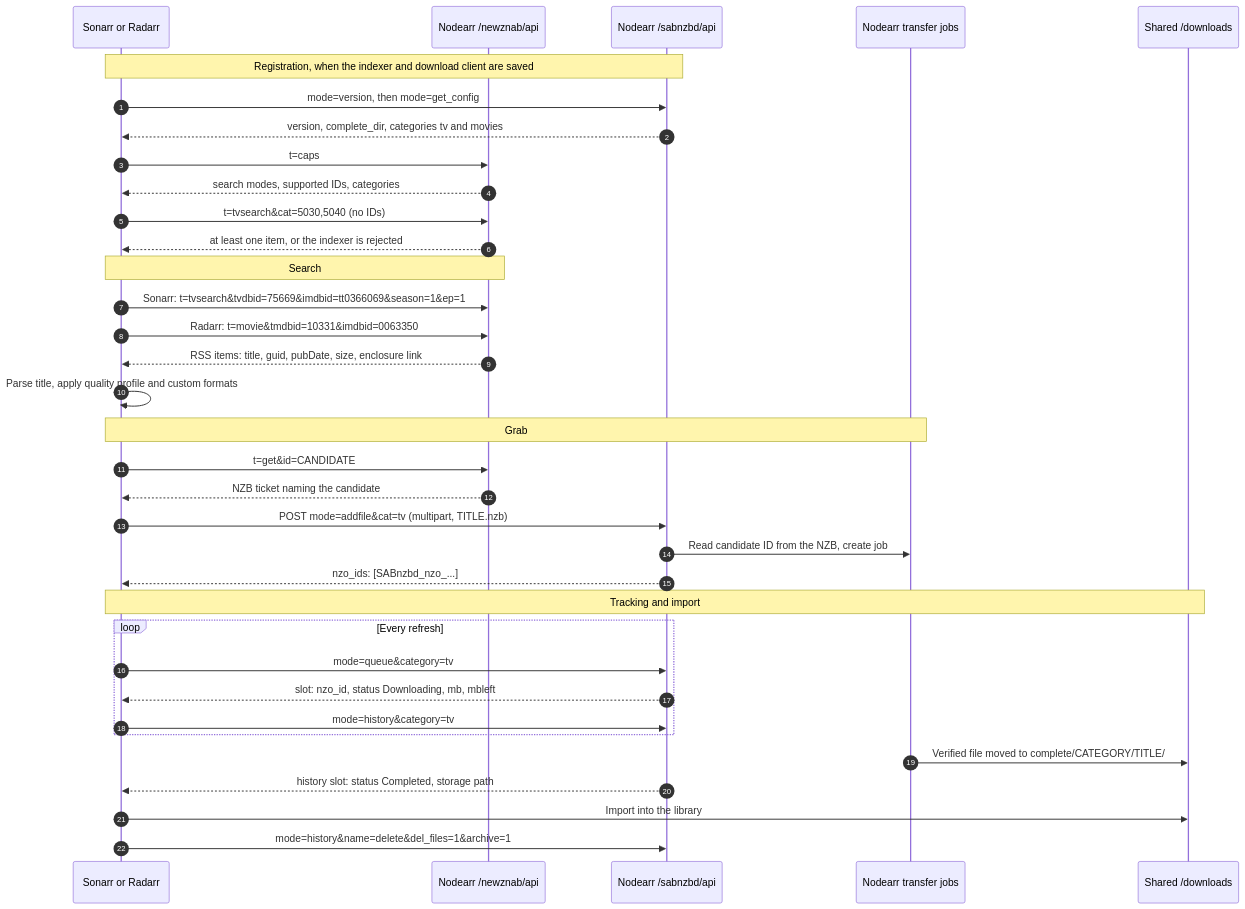
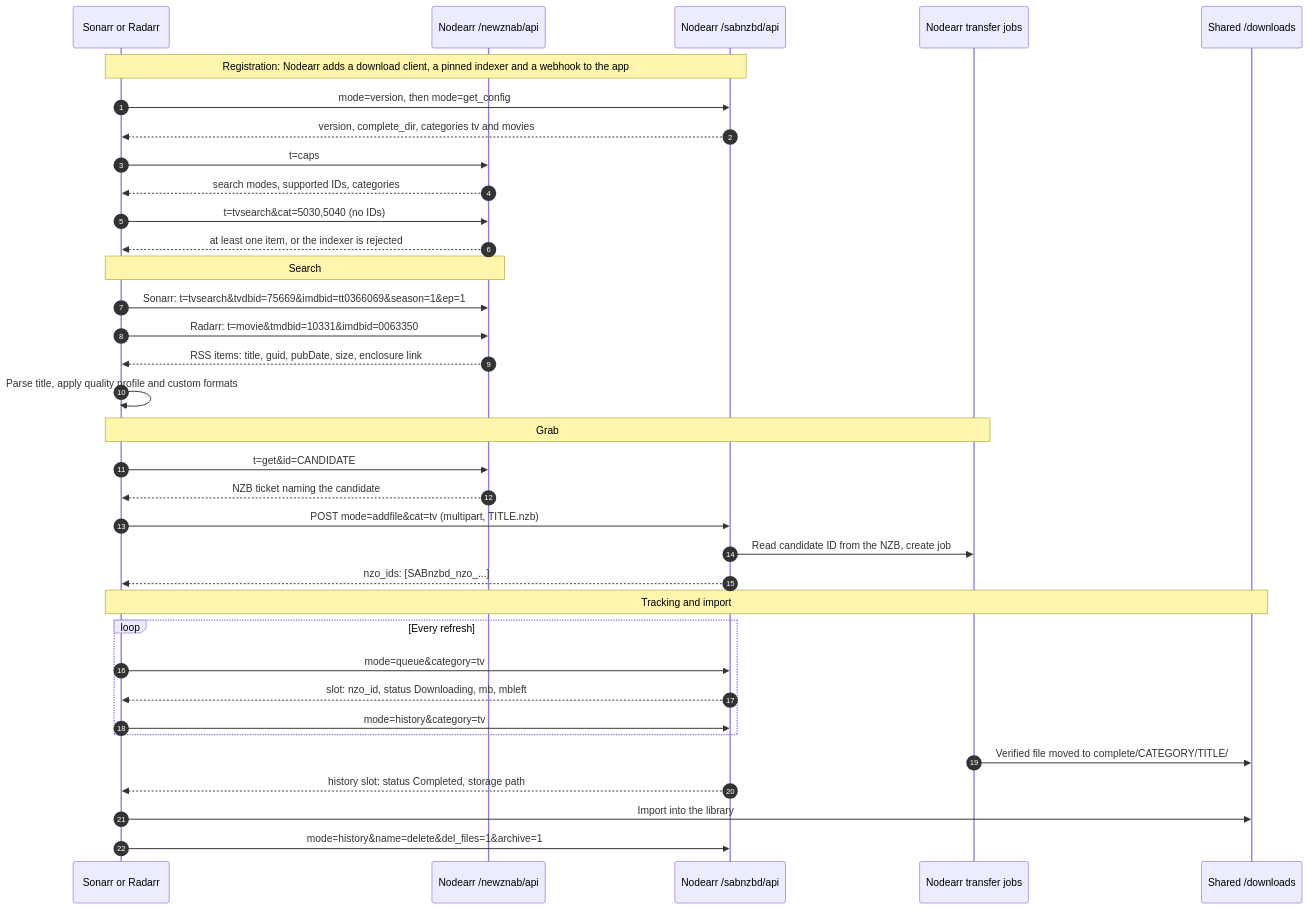
The first of 5 diagrams in docs/diagrams/arr-search-grab-indexer-flow.md (Nodearr/Nodearr), drawn with Mermaid before and after one commit. The commit also changed other lines of this file and 35 other files, not shown here.

````diff
--- a/docs/diagrams/arr-search-grab-indexer-flow.md
+++ b/docs/diagrams/arr-search-grab-indexer-flow.md
@@ -11,41 +11,41 @@
 ```mermaid
 sequenceDiagram
     autonumber
     participant Arr as Sonarr or Radarr
     participant Newznab as Nodearr /newznab/api
     participant Sab as Nodearr /sabnzbd/api
     participant Jobs as Nodearr transfer jobs
     participant Files as Shared /downloads
 
-    Note over Arr,Sab: Registration, when the indexer and download client are saved
+    Note over Arr,Sab: Registration: Nodearr adds a download client, a pinned indexer and a webhook to the app
     Arr->>Sab: mode=version, then mode=get_config
     Sab-->>Arr: version, complete_dir, categories tv and movies
     Arr->>Newznab: t=caps
     Newznab-->>Arr: search modes, supported IDs, categories
     Arr->>Newznab: t=tvsearch&cat=5030,5040 (no IDs)
     Newznab-->>Arr: at least one item, or the indexer is rejected
 
     Note over Arr,Newznab: Search
     Arr->>Newznab: Sonarr: t=tvsearch&tvdbid=75669&imdbid=tt0366069&season=1&ep=1
     Arr->>Newznab: Radarr: t=movie&tmdbid=10331&imdbid=0063350
     Newznab-->>Arr: RSS items: title, guid, pubDate, size, enclosure link
     Arr->>Arr: Parse title, apply quality profile and custom formats
 
     Note over Arr,Jobs: Grab
     Arr->>Newznab: t=get&id=CANDIDATE
     Newznab-->>Arr: NZB ticket naming the candidate
     Arr->>Sab: POST mode=addfile&cat=tv (multipart, TITLE.nzb)
     Sab->>Jobs: Read candidate ID from the NZB, create job
     Sab-->>Arr: nzo_ids: [SABnzbd_nzo_...]
 
     Note over Arr,Files: Tracking and import
     loop Every refresh
         Arr->>Sab: mode=queue&category=tv
         Sab-->>Arr: slot: nzo_id, status Downloading, mb, mbleft
         Arr->>Sab: mode=history&category=tv
     end
     Jobs->>Files: Verified file moved to complete/CATEGORY/TITLE/
     Sab-->>Arr: history slot: status Completed, storage path
     Arr->>Files: Import into the library
     Arr->>Sab: mode=history&name=delete&del_files=1&archive=1
 ```
````
